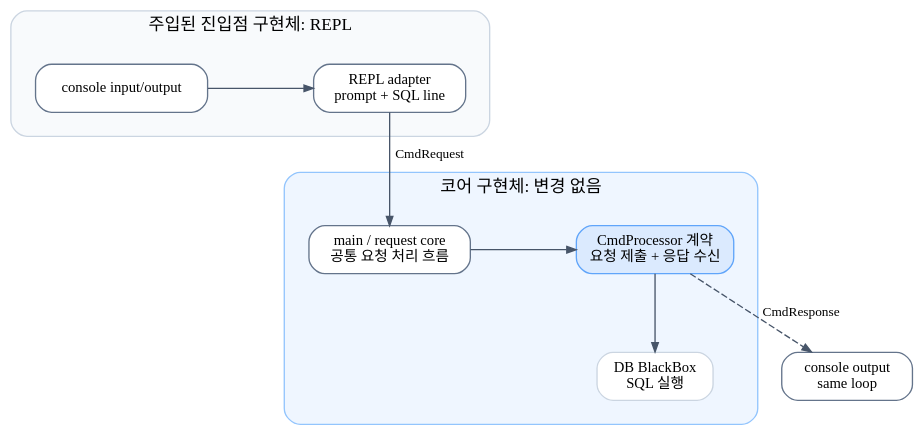
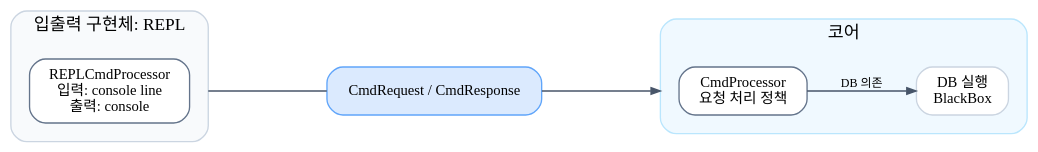
One commit to Wish-Upon-A-Star/SQL-B-Tree changed the diagram in docs/sijun-yang/diagrams/004_cmd_processor_di_repl_build.dot. Above: the diagram before and after it, drawn with Graphviz. The commit also changed 8 other files, not shown here.

Commit message:
docs: refine cmd processor architecture diagrams

```diff
--- a/docs/sijun-yang/diagrams/004_cmd_processor_di_repl_build.dot
+++ b/docs/sijun-yang/diagrams/004_cmd_processor_di_repl_build.dot
@@ -1,79 +1,85 @@
 digraph CmdProcessorDIReplBuild {
     graph [
-        rankdir=TB,
+        rankdir=LR,
         compound=true,
-        nodesep=0.55,
-        ranksep=0.65,
+        nodesep=0.35,
+        ranksep=0.7,
         splines=line,
         newrank=true,
         pad=0.2,
         bgcolor="transparent"
     ];
 
     node [
         shape=box,
         style="rounded,filled",
         fillcolor="white",
         color="#64748b",
         fontname="Pretendard",
         fontsize=11,
         margin="0.14,0.09"
     ];
 
     edge [
         color="#475569",
         fontname="Pretendard",
         fontsize=10,
         arrowsize=0.7
     ];
 
-    subgraph cluster_entrypoint {
-        label="주입된 진입점 구현체: REPL";
+    subgraph cluster_impl {
+        label="입출력 구현체: REPL";
         style="rounded,filled";
         color="#cbd5e1";
         fillcolor="#f8fafc";
         fontname="Pretendard";
         fontsize=13;
-        margin=18;
+        margin=14;
 
-        console [label="console input/output"];
-        repl_adapter [label="REPL adapter\nprompt + SQL line"];
+        repl_impl [
+            label="REPLCmdProcessor\n입력: console line\n출력: console",
+            fillcolor="#ffffff"
+        ];
     }
 
     subgraph cluster_core {
-        label="코어 구현체: 변경 없음";
+        label="코어";
         style="rounded,filled";
-        color="#93c5fd";
-        fillcolor="#eff6ff";
+        color="#bae6fd";
+        fillcolor="#f0f9ff";
         fontname="Pretendard";
         fontsize=13;
-        margin=18;
+        margin=14;
 
-        main_core [
-            label="main / request core\n공통 요청 처리 흐름"
-        ];
-
-        contract [
-            label="CmdProcessor 계약\n요청 제출 + 응답 수신",
-            fillcolor="#dbeafe",
-            color="#60a5fa"
+        cmd_processor [
+            label="CmdProcessor\n요청 처리 정책",
+            fillcolor="#ffffff"
         ];
 
         db [
-            label="DB BlackBox\nSQL 실행",
+            label="DB 실행\nBlackBox",
             fillcolor="#ffffff",
             color="#cbd5e1"
         ];
     }
 
-    response [label="console output\nsame loop"];
+    cmd_contract [
+        label="CmdRequest / CmdResponse",
+        fillcolor="#dbeafe",
+        color="#60a5fa",
+        margin="0.08,0.04"
+    ];
 
-    { rank=same; console; repl_adapter; }
-    { rank=same; main_core; contract; }
-    { rank=same; db; response; }
-
-    console -> repl_adapter;
-    repl_adapter -> main_core [label="CmdRequest"];
-    main_core -> contract -> db;
-    contract -> response [style=dashed, label="CmdResponse"];
+    repl_impl -> cmd_contract [
+        ltail=cluster_impl,
+        arrowhead=none,
+        minlen=2,
+        weight=10
+    ];
+    cmd_contract -> cmd_processor [
+        lhead=cluster_core,
+        minlen=2,
+        weight=10
+    ];
+    cmd_processor -> db [label="DB 의존", fontsize=9, minlen=1];
 }
```
